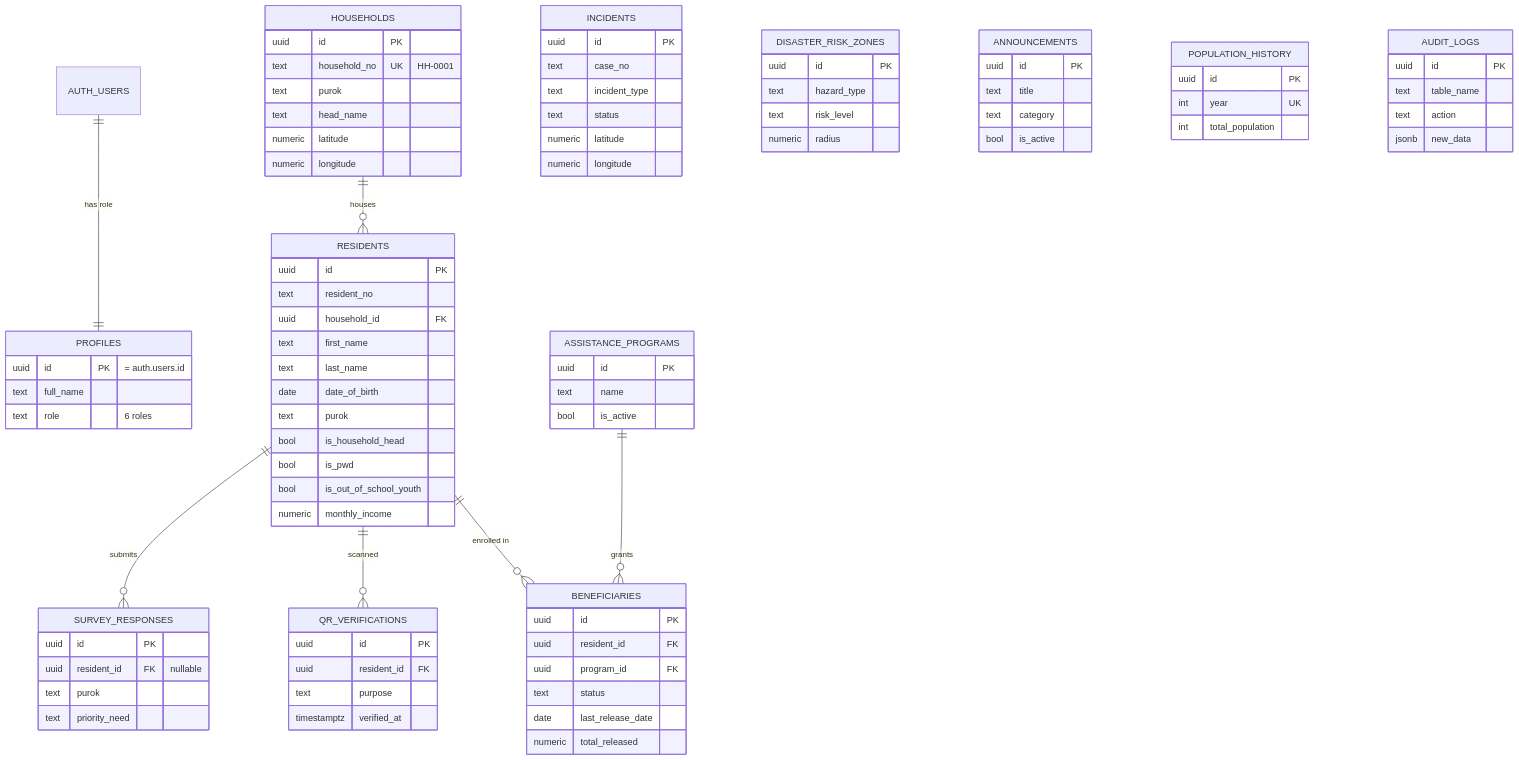
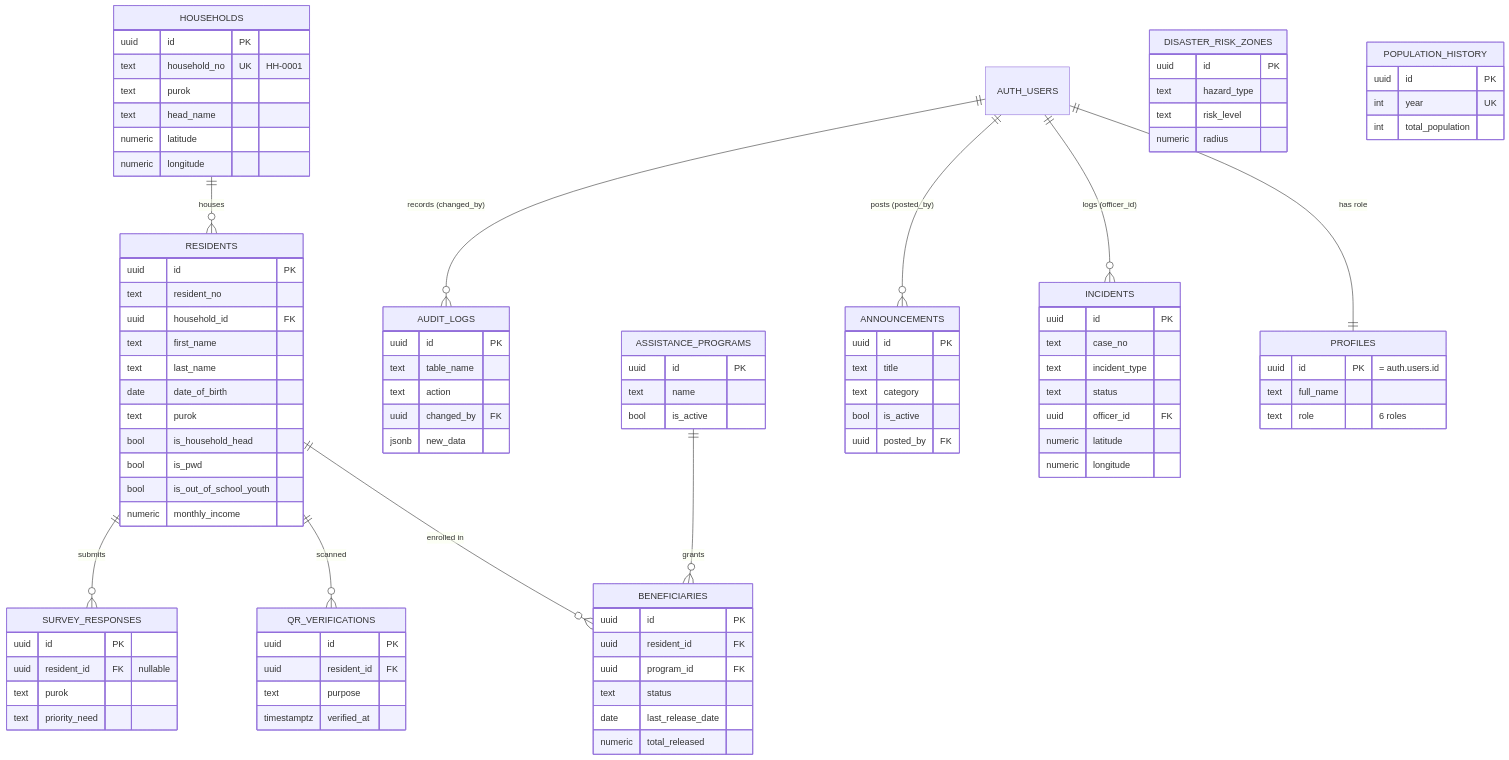
Before and after one commit to KellyEspera/protect: the diagram in DATA_MODEL.md, drawn with Mermaid. The commit also changed other lines of this file and 2 other files, not shown here.

First line of the commit message:
Connect incidents/announcements/audit_logs to users in ERD

````diff
--- a/DATA_MODEL.md
+++ b/DATA_MODEL.md
@@ -212,6 +212,9 @@
     ASSISTANCE_PROGRAMS ||--o{ BENEFICIARIES : "grants"
     RESIDENTS ||--o{ QR_VERIFICATIONS : "scanned"
     RESIDENTS ||--o{ SURVEY_RESPONSES : "submits"
+    AUTH_USERS ||--o{ INCIDENTS : "logs (officer_id)"
+    AUTH_USERS ||--o{ ANNOUNCEMENTS : "posts (posted_by)"
+    AUTH_USERS ||--o{ AUDIT_LOGS : "records (changed_by)"
 
     PROFILES {
         uuid id PK "= auth.users.id"
@@ -269,6 +272,7 @@
         text case_no
         text incident_type
         text status
+        uuid officer_id FK
         numeric latitude
         numeric longitude
     }
@@ -283,6 +287,7 @@
         text title
         text category
         bool is_active
+        uuid posted_by FK
     }
     POPULATION_HISTORY {
         uuid id PK
@@ -293,6 +298,7 @@
         uuid id PK
         text table_name
         text action
+        uuid changed_by FK
         jsonb new_data
     }
 ```
````
